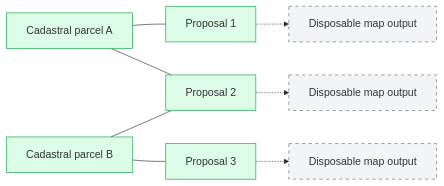
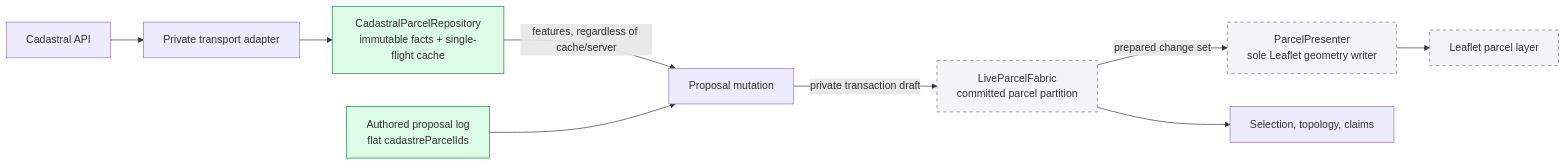
One commit to Poglavar/consensus-builder changed the first of 4 diagrams in rethink-proposals.md. Above: the diagram before and after it, drawn with Mermaid. The commit also changed other lines of this file and 1 other file, not shown here.

Commit message:
docs: record authoritative parcel architecture

````diff
--- a/rethink-proposals.md
+++ b/rethink-proposals.md
@@ -24,16 +30,16 @@
 ```mermaid
 flowchart LR
-    C1["Cadastral parcel A"] --- P1["Proposal 1"]
-    C1 --- P2["Proposal 2"]
-    C2["Cadastral parcel B"] --- P2
-    C2 --- P3["Proposal 3"]
+    API["Cadastral API"] --> Transport["Private transport adapter"]
+    Transport --> Repository["CadastralParcelRepository<br/>immutable facts + single-flight cache"]
+    Repository -->|"features, regardless of cache/server"| Mutation["Proposal mutation"]
+    Log["Authored proposal log<br/>flat cadastreParcelIds"] --> Mutation
+    Mutation -->|"private transaction draft"| Fabric["LiveParcelFabric<br/>committed parcel partition"]
+    Fabric -->|"prepared change set"| Presenter["ParcelPresenter<br/>sole Leaflet geometry writer"]
+    Presenter --> Map["Leaflet parcel layer"]
+    Fabric --> Selection["Selection, topology, claims"]
 
-    P1 -.-> O1["Disposable map output"]
-    P2 -.-> O2["Disposable map output"]
-    P3 -.-> O3["Disposable map output"]
-
-    classDef durable fill:#dcfce7,stroke:#16a34a
-    classDef output fill:#f3f4f6,stroke:#6b7280,stroke-dasharray: 5 5
-    class C1,C2,P1,P2,P3 durable
-    class O1,O2,O3 output
+    classDef durable fill:#dcfce7,stroke:#15803d
+    classDef derived fill:#f3f4f6,stroke:#6b7280,stroke-dasharray: 5 5
+    class Repository,Log durable
+    class Fabric,Presenter,Map derived
 ```
````
